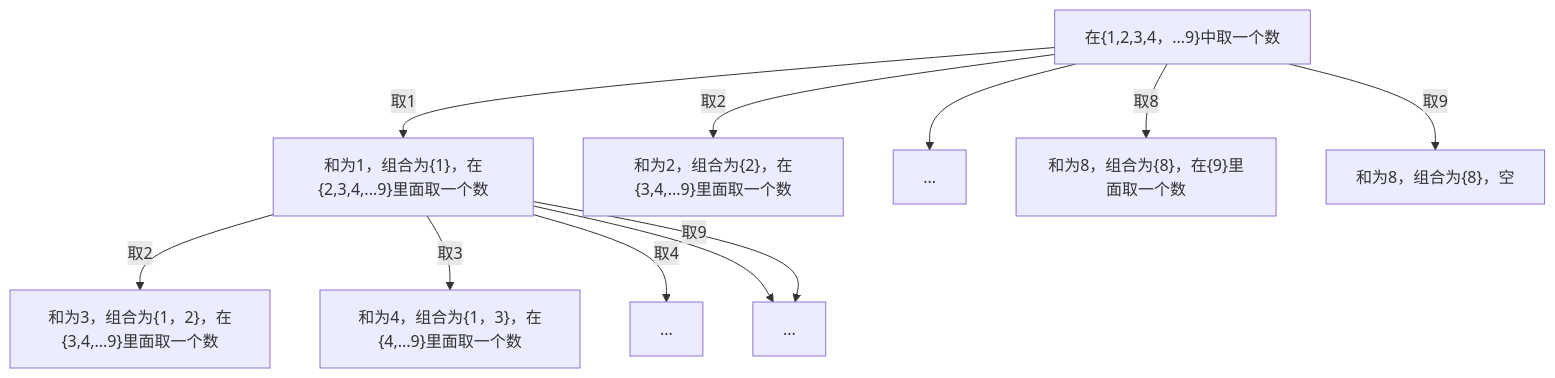
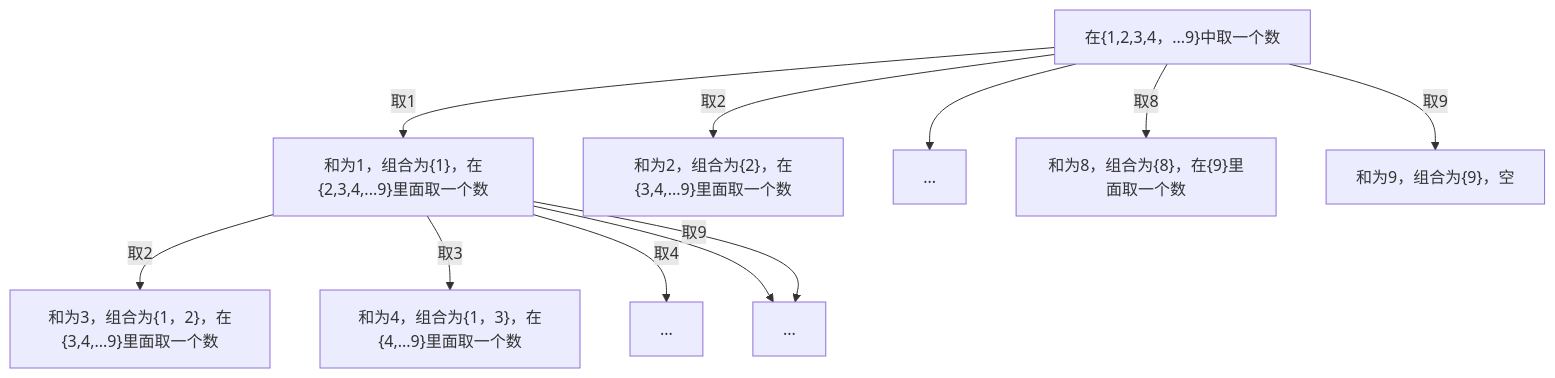
One commit to jingminglake/jingminglake.github.io changed the ninth of 9 diagrams in _posts/Leetcode/2017-10-22-Leetcode总结（六）.md. Above: the diagram before and after it, drawn with Mermaid. The commit also changed other lines of this file and 1 other file, not shown here.

First line of the commit message:
组合总和笔记：修 39 排序与剪枝矛盾、216 剪枝方向、两处流程图笔误，377 补溢出 followup

````diff
--- a/_posts/Leetcode/2017-10-22-Leetcode总结（六）.md
+++ b/_posts/Leetcode/2017-10-22-Leetcode总结（六）.md
@@ -479,14 +490,14 @@
 ```mermaid
 flowchart TD
   A["在{1,2,3,4，...9}中取一个数"]
   A -- 取1 --> B1["和为1，组合为{1}，在{2,3,4,...9}里面取一个数"]
   A -- 取2 --> B2["和为2，组合为{2}，在{3,4,...9}里面取一个数"]
   A --> B3["..."]
   A -- 取8 --> B8["和为8，组合为{8}，在{9}里面取一个数"]
-  A -- 取9 --> B9["和为8，组合为{8}，空"]
+  A -- 取9 --> B9["和为9，组合为{9}，空"]
   B1 -- 取2 --> C1["和为3，组合为{1，2}，在{3,4,...9}里面取一个数"]
   B1 -- 取3 --> C2["和为4，组合为{1，3}，在{4,...9}里面取一个数"]
   B1 -- 取4 --> C3["..."]
   B1 -->  C5["..."]
   B1 -- 取9 --> C5["..."]
 ```
````
